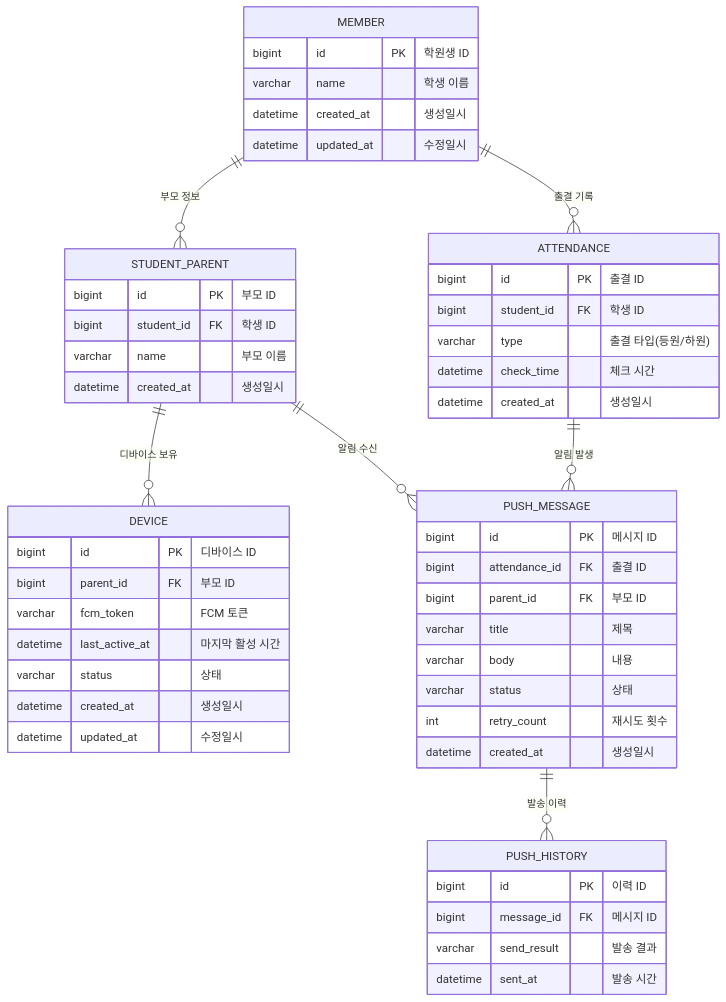
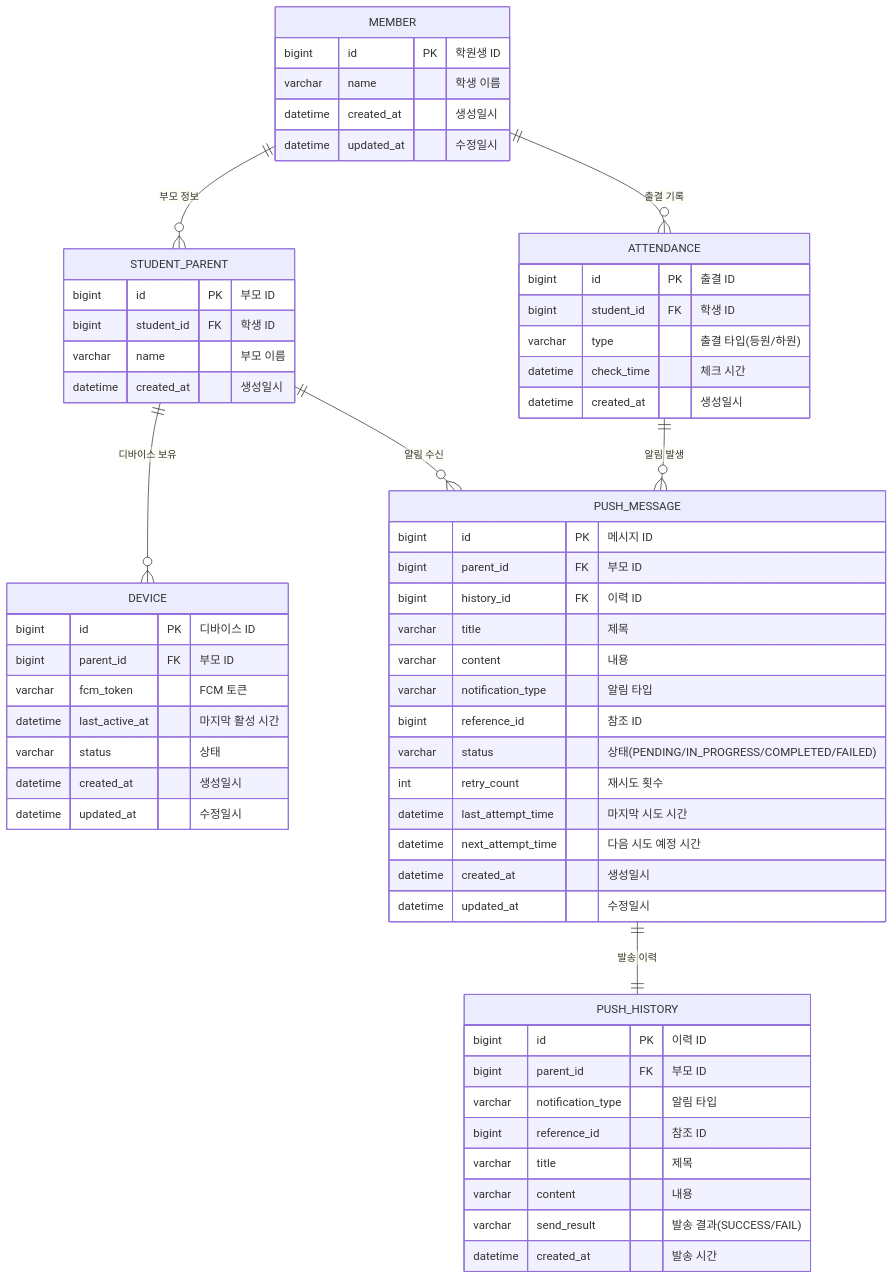
One commit to leeys9423/perform-fcm changed the third of 3 diagrams in README.md. Above: the diagram before and after it, drawn with Mermaid. The commit also changed other lines of this file, not shown here.

````diff
--- a/README.md
+++ b/README.md
@@ -125,59 +217,68 @@
 ```mermaid
 erDiagram
     MEMBER {
         bigint id PK "학원생 ID"
         varchar name "학생 이름"
         datetime created_at "생성일시"
         datetime updated_at "수정일시"
     }
 
     STUDENT_PARENT {
         bigint id PK "부모 ID"
         bigint student_id FK "학생 ID"
-       varchar name "부모 이름"
+        varchar name "부모 이름"
         datetime created_at "생성일시"
     }
 
     ATTENDANCE {
         bigint id PK "출결 ID"
         bigint student_id FK "학생 ID"
         varchar type "출결 타입(등원/하원)"
         datetime check_time "체크 시간"
         datetime created_at "생성일시"
     }
 
     DEVICE {
         bigint id PK "디바이스 ID"
         bigint parent_id FK "부모 ID"
         varchar fcm_token "FCM 토큰"
         datetime last_active_at "마지막 활성 시간"
         varchar status "상태"
         datetime created_at "생성일시"
         datetime updated_at "수정일시"
     }
 
     PUSH_MESSAGE {
         bigint id PK "메시지 ID"
-        bigint attendance_id FK "출결 ID"
         bigint parent_id FK "부모 ID"
+        bigint history_id FK "이력 ID"
         varchar title "제목"
-        varchar body "내용"
-        varchar status "상태"
+        varchar content "내용"
+        varchar notification_type "알림 타입"
+        bigint reference_id "참조 ID"
+        varchar status "상태(PENDING/IN_PROGRESS/COMPLETED/FAILED)"
         int retry_count "재시도 횟수"
+        datetime last_attempt_time "마지막 시도 시간"
+        datetime next_attempt_time "다음 시도 예정 시간"
         datetime created_at "생성일시"
+        datetime updated_at "수정일시"
     }
 
     PUSH_HISTORY {
         bigint id PK "이력 ID"
-        bigint message_id FK "메시지 ID"
-        varchar send_result "발송 결과"
-        datetime sent_at "발송 시간"
+        bigint parent_id FK "부모 ID"
+        varchar notification_type "알림 타입"
+        bigint reference_id "참조 ID"
+        varchar title "제목"
+        varchar content "내용"
+        varchar send_result "발송 결과(SUCCESS/FAIL)"
+        datetime created_at "발송 시간"
     }
 
     MEMBER ||--o{ STUDENT_PARENT : "부모 정보"
     MEMBER ||--o{ ATTENDANCE : "출결 기록"
     STUDENT_PARENT ||--o{ DEVICE : "디바이스 보유"
     ATTENDANCE ||--o{ PUSH_MESSAGE : "알림 발생"
     STUDENT_PARENT ||--o{ PUSH_MESSAGE : "알림 수신"
-    PUSH_MESSAGE ||--o{ PUSH_HISTORY : "발송 이력"
+    PUSH_MESSAGE ||--|| PUSH_HISTORY : "발송 이력"
 ```
````
